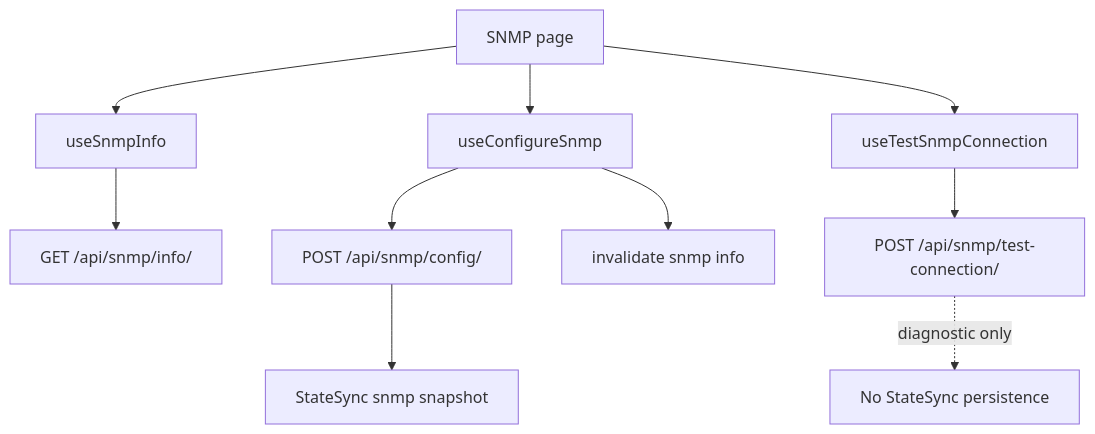
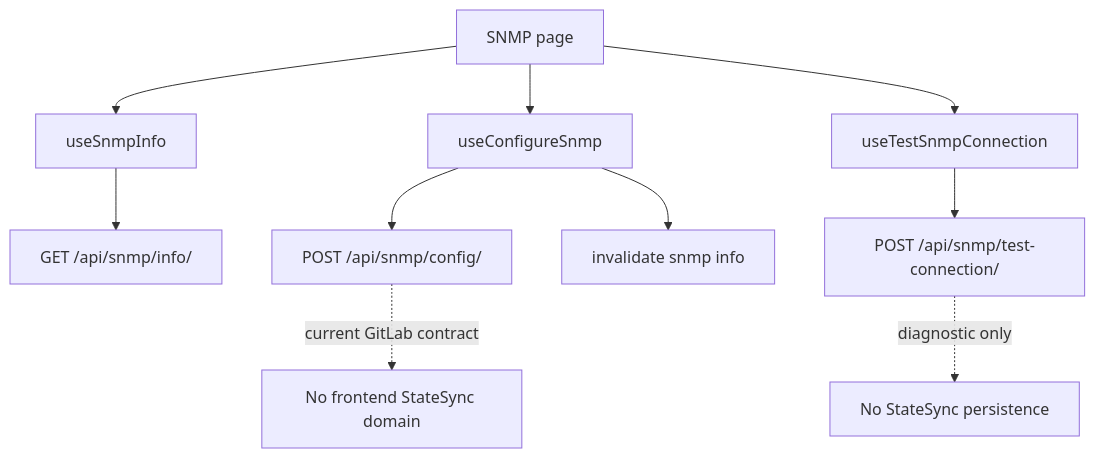
One commit to SARD-81/Soho_UI changed the diagram in docs/05-features/snmp.md. Above: the diagram before and after it, drawn with Mermaid. The commit also changed other lines of this file, not shown here.

Commit message:
docs: translate SNMP feature to Persian and align GitLab StateSync contract

````diff
--- a/docs/05-features/snmp.md
+++ b/docs/05-features/snmp.md
@@ -33,15 +33,15 @@
 ```mermaid
 flowchart TD
     Page[SNMP page]
     Page --> IQ[useSnmpInfo]
     Page --> C[useConfigureSnmp]
     Page --> T[useTestSnmpConnection]
 
     IQ --> INFO[GET /api/snmp/info/]
     C --> CONFIG[POST /api/snmp/config/]
     T --> TEST[POST /api/snmp/test-connection/]
 
     C --> INV[invalidate snmp info]
-    CONFIG --> SYNC[StateSync snmp snapshot]
-    TEST -. diagnostic only .-> NO[No StateSync persistence]
+    CONFIG -. current GitLab contract .-> NO1[No frontend StateSync domain]
+    TEST -. diagnostic only .-> NO2[No StateSync persistence]
 ```
````
